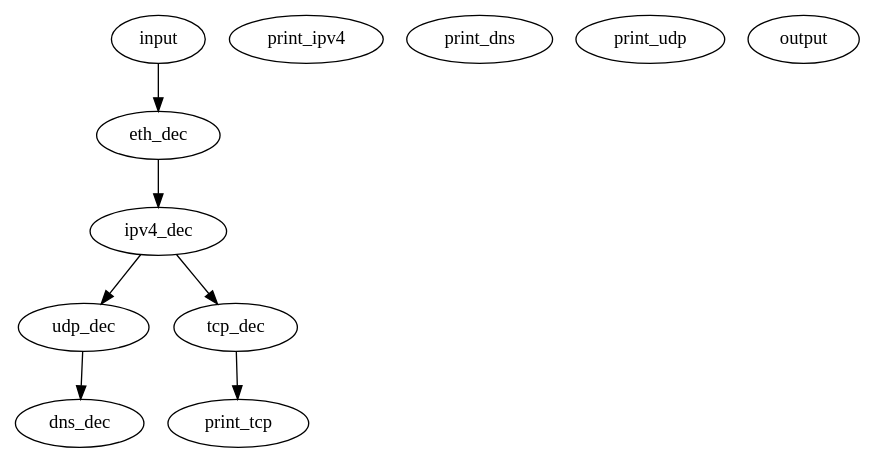
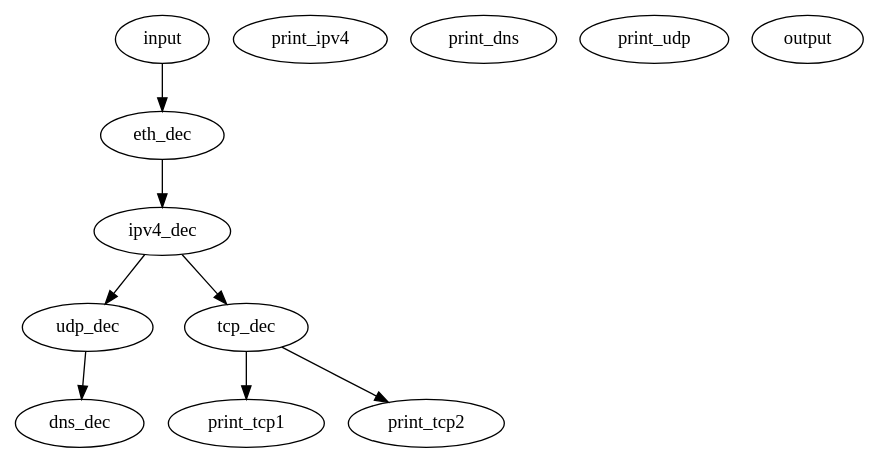
One commit to zbanks/lens changed the diagram in src/lens.dot. Above: the diagram before and after it, drawn with Graphviz. The commit also changed 5 other files, not shown here.

```diff
--- a/src/lens.dot
+++ b/src/lens.dot
@@ -1,19 +1,22 @@
 digraph {
     input;
     print_ipv4 [type=print prefix=IPV4];
     print_dns [type=print prefix=DNS];
     print_udp [type=print prefix=UDP];
-    print_tcp [type=print prefix=TCP all=0];
+    print_tcp1 [type=print prefix=TCP_pass all=0];
+    print_tcp2 [type=print prefix=TCP_data all=0];
     output [type=output];
 
     input -> eth_dec;
     eth_dec -> ipv4_dec [ethertype=ipv4];
     ipv4_dec -> udp_dec [proto=udp];
     udp_dec -> dns_dec [port=53];
     ipv4_dec -> tcp_dec [proto=tcp];
-    tcp_dec -> print_tcp;
+
+    tcp_dec -> print_tcp1 [pass=true];
+    tcp_dec -> print_tcp2 [output=true];
     /*
     dns_dec -> print_dns;
     udp_dec -> print_udp [unmatched=1];
     */
 }
```
